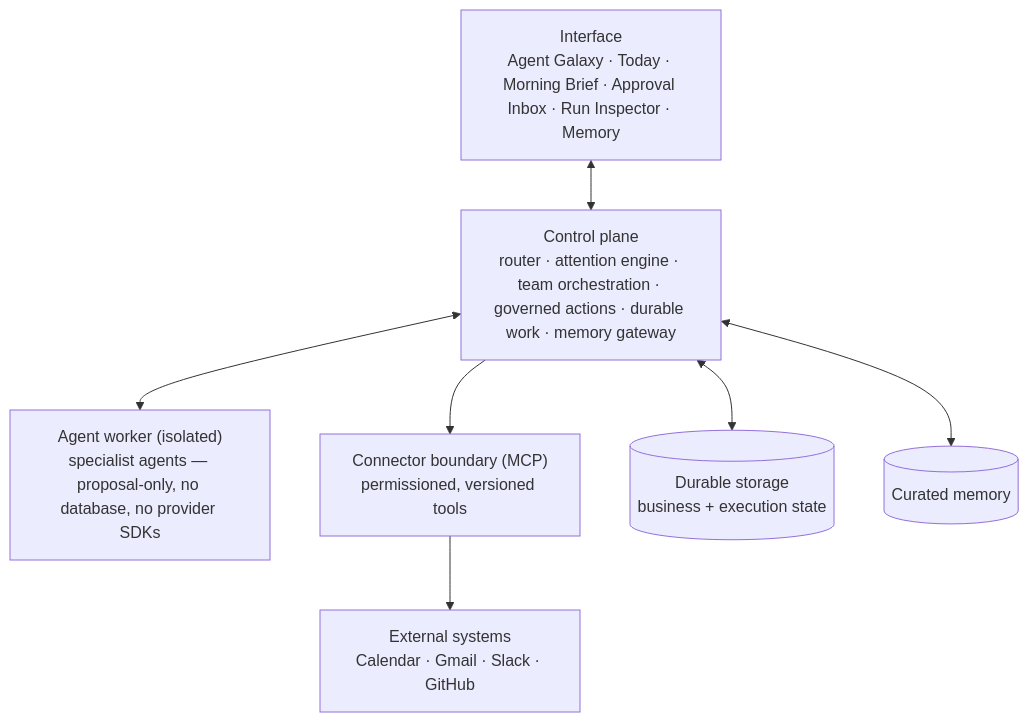
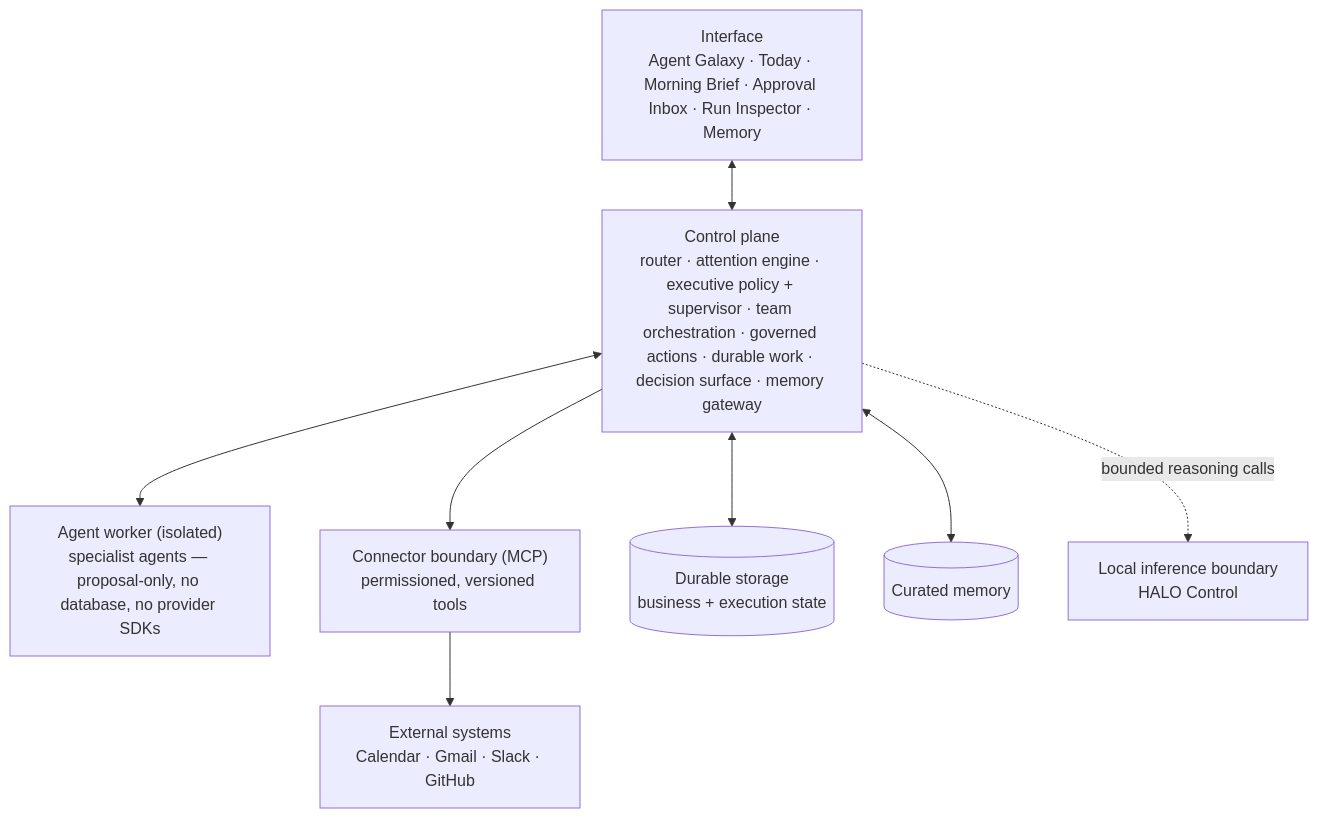
Before and after one commit to RaulMermans/IRIS-OS: the first of 2 diagrams in docs/architecture.md, drawn with Mermaid. The commit also changed other lines of this file and 12 other files, not shown here.

First line of the commit message:
Sync public edition with the current private IRIS architecture

````diff
--- a/docs/architecture.md
+++ b/docs/architecture.md
@@ -7,16 +7,18 @@
 ```mermaid
 flowchart TB
   UI["Interface<br/>Agent Galaxy · Today · Morning Brief · Approval Inbox · Run Inspector · Memory"]
-  CP["Control plane<br/>router · attention engine · team orchestration · governed actions · durable work · memory gateway"]
+  CP["Control plane<br/>router · attention engine · executive policy + supervisor · team orchestration · governed actions · durable work · decision surface · memory gateway"]
   AW["Agent worker (isolated)<br/>specialist agents — proposal-only, no database, no provider SDKs"]
   MCP["Connector boundary (MCP)<br/>permissioned, versioned tools"]
   ST[("Durable storage<br/>business + execution state")]
   MEM[("Curated memory")]
   EXT["External systems<br/>Calendar · Gmail · Slack · GitHub"]
+  HALO["Local inference boundary<br/>HALO Control"]
 
   UI <--> CP
   CP <--> AW
   CP --> MCP --> EXT
   CP <--> ST
   CP <--> MEM
+  CP -. bounded reasoning calls .-> HALO
 ```
````
